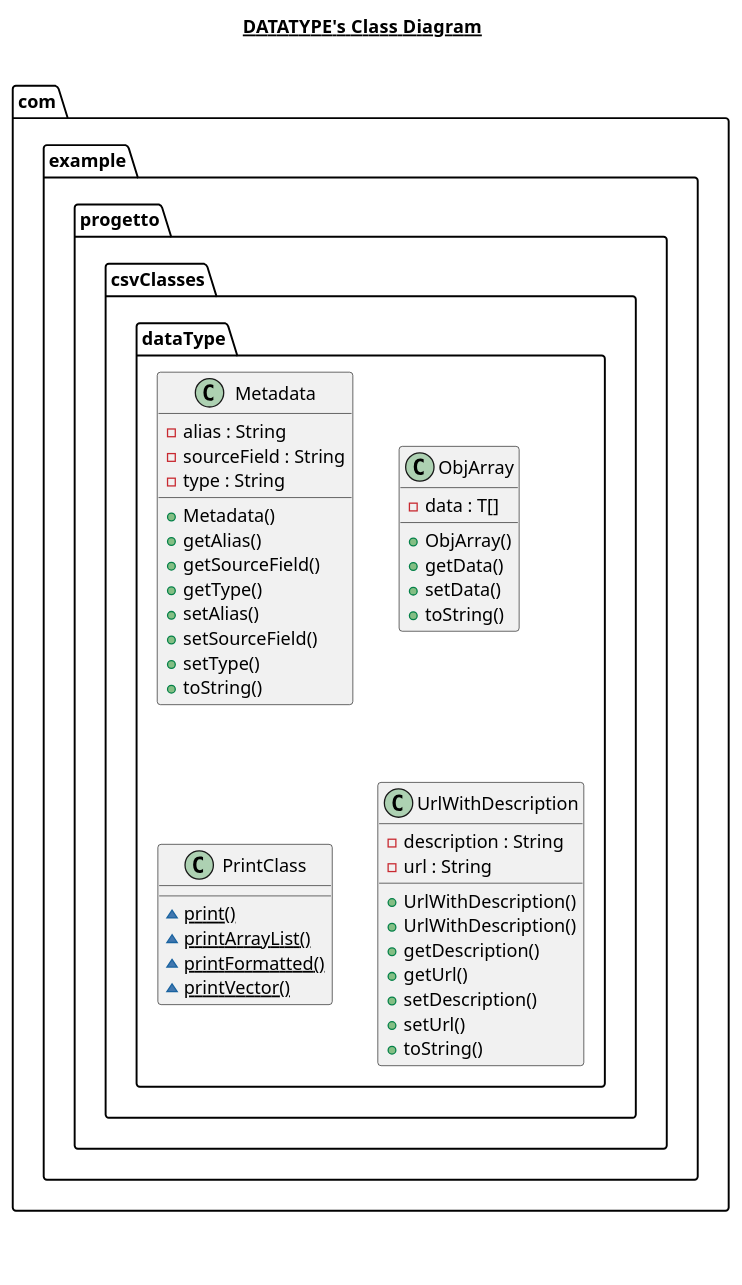
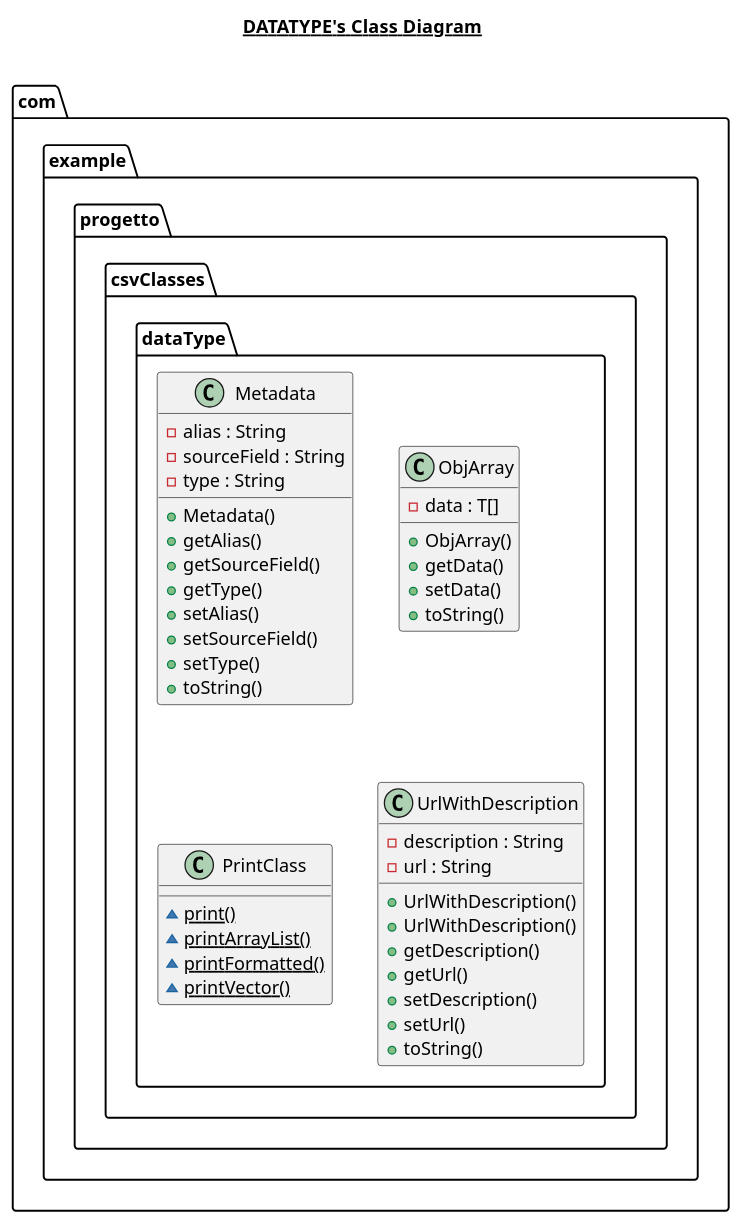
One commit to defo-cris/progetto-programmazione-ad-oggetti-java changed the diagram in src/main/java/com/example/progetto/csvClasses/dataType/dataType.plantuml. Above: the diagram before and after it, drawn with PlantUML. The commit also changed 5 other files, not shown here.

Commit message:
uml updated, need to be transferred on the other repo

```diff
--- a/src/main/java/com/example/progetto/csvClasses/dataType/dataType.plantuml
+++ b/src/main/java/com/example/progetto/csvClasses/dataType/dataType.plantuml
@@ -1,81 +1,77 @@
 @startuml
 
 title __DATATYPE's Class Diagram__\n
 
 
     namespace com.example.progetto {
       namespace csvClasses {
         namespace dataType {
           class com.example.progetto.csvClasses.dataType.Metadata {
               - alias : String
               - sourceField : String
               - type : String
               + Metadata()
               + getAlias()
               + getSourceField()
               + getType()
               + setAlias()
               + setSourceField()
               + setType()
               + toString()
           }
         }
       }
     }
 
     namespace com.example.progetto {
       namespace csvClasses {
         namespace dataType {
           class com.example.progetto.csvClasses.dataType.ObjArray {
               - data : T[]
               + ObjArray()
               + getData()
               + setData()
               + toString()
           }
         }
       }
     }
 
     namespace com.example.progetto {
       namespace csvClasses {
         namespace dataType {
           class com.example.progetto.csvClasses.dataType.PrintClass {
               {static} ~ print()
               {static} ~ printArrayList()
               {static} ~ printFormatted()
               {static} ~ printVector()
           }
         }
       }
     }
 
     namespace com.example.progetto {
       namespace csvClasses {
         namespace dataType {
           class com.example.progetto.csvClasses.dataType.UrlWithDescription {
               - description : String
               - url : String
               + UrlWithDescription()
               + UrlWithDescription()
               + getDescription()
               + getUrl()
               + setDescription()
               + setUrl()
               + toString()
           }
         }
       }
     }
 
   
 
 
 
-right footer
 
 
-
-endfooter
-
 @enduml
```
